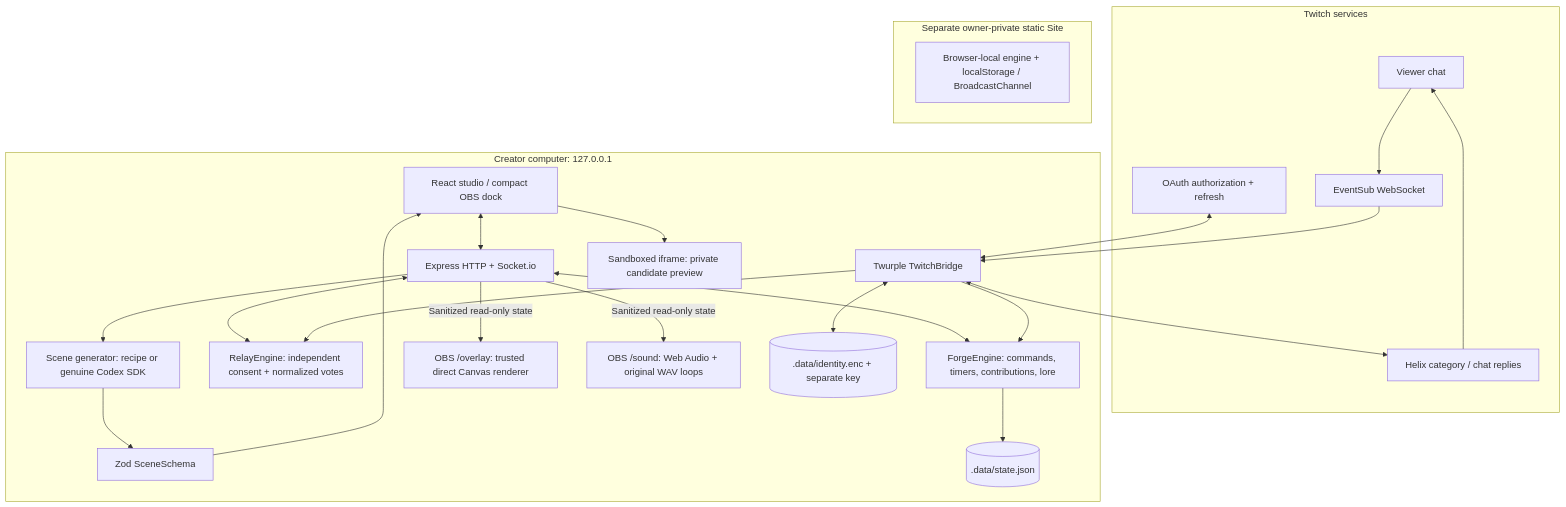
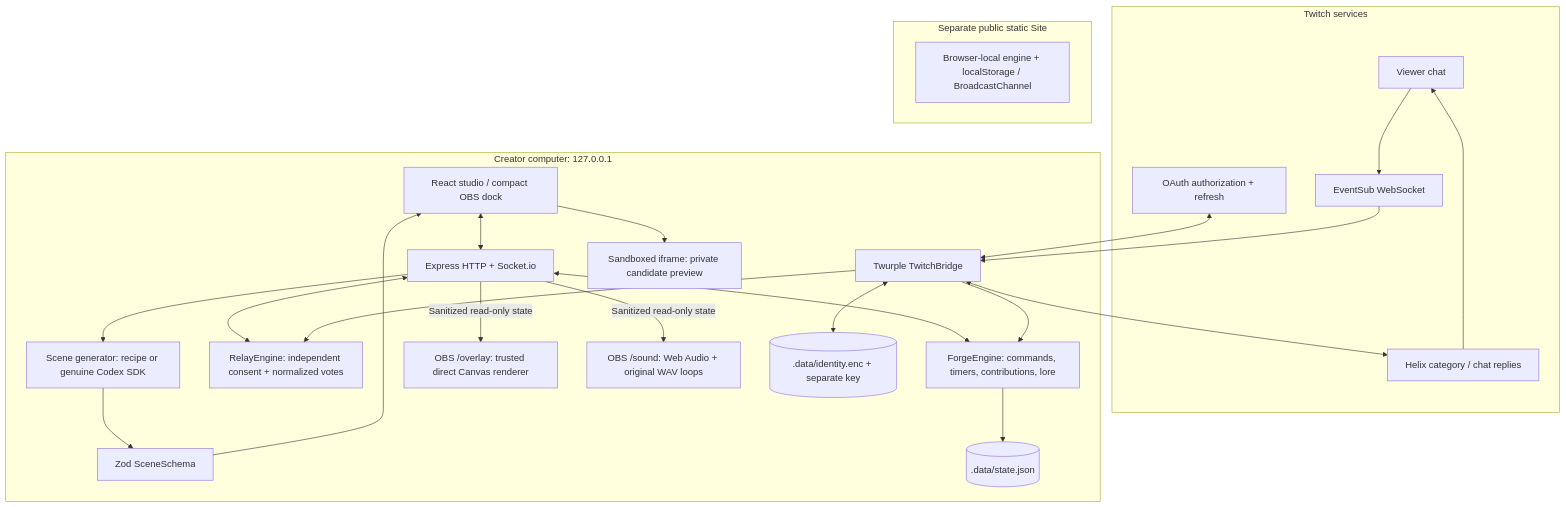
The first of 2 diagrams in docs/ARCHITECTURE.md (TusharTechs/popforge), drawn with Mermaid before and after one commit. The commit also changed other lines of this file and 19 other files, not shown here.

````diff
--- a/docs/ARCHITECTURE.md
+++ b/docs/ARCHITECTURE.md
@@ -9,44 +9,44 @@
 ```mermaid
 flowchart TB
     subgraph TwitchCloud["Twitch services"]
       Chat["Viewer chat"]
       OAuth["OAuth authorization + refresh"]
       Events["EventSub WebSocket"]
       Helix["Helix category / chat replies"]
       Chat --> Events
     end
     subgraph Local["Creator computer: 127.0.0.1"]
       Studio["React studio / compact OBS dock"]
       Server["Express HTTP + Socket.io"]
       Bridge["Twurple TwitchBridge"]
       Engine["ForgeEngine: commands, timers, contributions, lore"]
       Relay["RelayEngine: independent consent + normalized votes"]
       Generator["Scene generator: recipe or genuine Codex SDK"]
       Validation["Zod SceneSchema"]
       Preview["Sandboxed iframe: private candidate preview"]
       Overlay["OBS /overlay: trusted direct Canvas renderer"]
       Sound["OBS /sound: Web Audio + original WAV loops"]
       Snapshot[(".data/state.json")]
       Identity[(".data/identity.enc + separate key")]
       Studio <--> Server
       Server <--> Engine
       Server <--> Relay
       Bridge --> Engine
       Bridge --> Relay
       Server --> Generator
       Generator --> Validation
       Validation --> Studio
       Studio --> Preview
       Engine --> Snapshot
       Bridge <--> Identity
       Server -->|"Sanitized read-only state"| Overlay
       Server -->|"Sanitized read-only state"| Sound
     end
     OAuth <--> Bridge
     Events --> Bridge
     Bridge <--> Helix
     Helix --> Chat
-    subgraph PreviewHosting["Separate owner-private static Site"]
+    subgraph PreviewHosting["Separate public static Site"]
       Demo["Browser-local engine + localStorage / BroadcastChannel"]
     end
 ```
````
